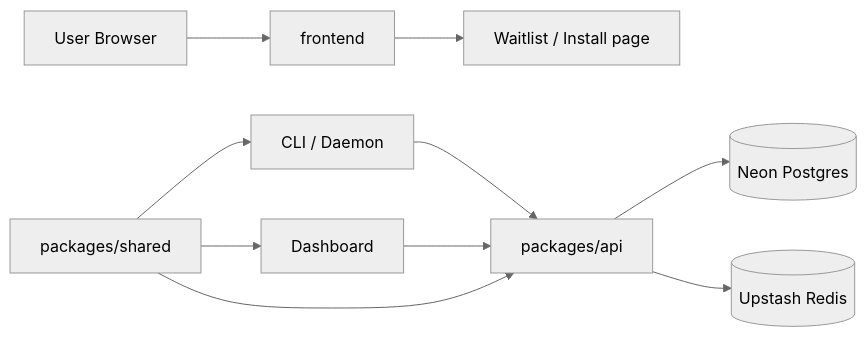
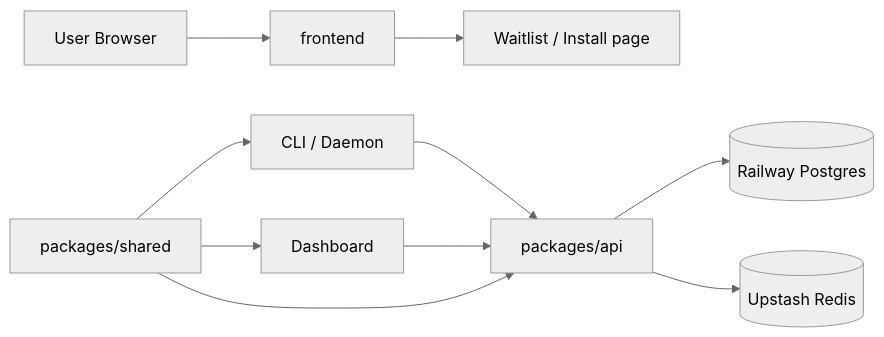
One commit to distroinfinity/devdrip changed the first of 2 diagrams in gitbook-docs/architecture/overview.md. Above: the diagram before and after it, drawn with Mermaid (neutral theme). The commit also changed other lines of this file and 12 other files, not shown here.

First line of the commit message:
fix: migrate prod db off neon free-tier to railway postgres + resilience hardening (#104)

````diff
--- a/gitbook-docs/architecture/overview.md
+++ b/gitbook-docs/architecture/overview.md
@@ -7,15 +7,15 @@
 ```mermaid
 flowchart LR
   U[User Browser] --> F[frontend]
   F --> W[Waitlist / Install page]
 
   C[CLI / Daemon] --> A[packages/api]
   D[Dashboard] --> A
 
-  A --> P[(Neon Postgres)]
+  A --> P[(Railway Postgres)]
   A --> R[(Upstash Redis)]
 
   S[packages/shared] --> A
   S --> C
   S --> D
 ```
````
